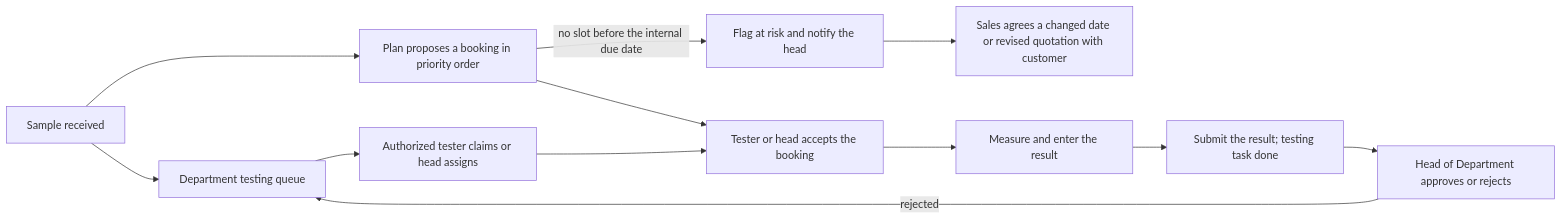
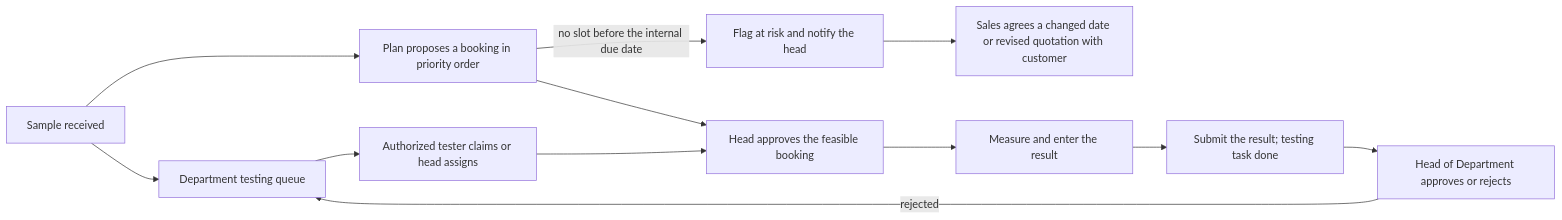
The sixth of 9 diagrams in docs/functional/laboratory_module/overview.md (SoltuneMontepre/medilab), drawn with Mermaid before and after one commit. The commit also changed other lines of this file and 122 other files, not shown here.

First line of the commit message:
[docs] Align the requirements with the final activity diagrams and BM04 v1.1 (#551)

````diff
--- a/docs/functional/laboratory_module/overview.md
+++ b/docs/functional/laboratory_module/overview.md
@@ -223,14 +229,14 @@
 ```mermaid
 flowchart LR
     received[Sample received] --> queue[Department testing queue]
     queue --> assign[Authorized tester claims or head assigns]
     received --> plan[Plan proposes a booking in priority order]
-    plan --> accept[Tester or head accepts the booking]
+    plan --> accept[Head approves the feasible booking]
     assign --> accept
     plan -->|no slot before the internal due date| risk[Flag at risk and notify the head]
     risk --> sales[Sales agrees a changed date or revised quotation with customer]
     accept --> test[Measure and enter the result]
     test --> submit[Submit the result; testing task done]
     submit --> approve[Head of Department approves or rejects]
     approve -->|rejected| queue
 ```
````
